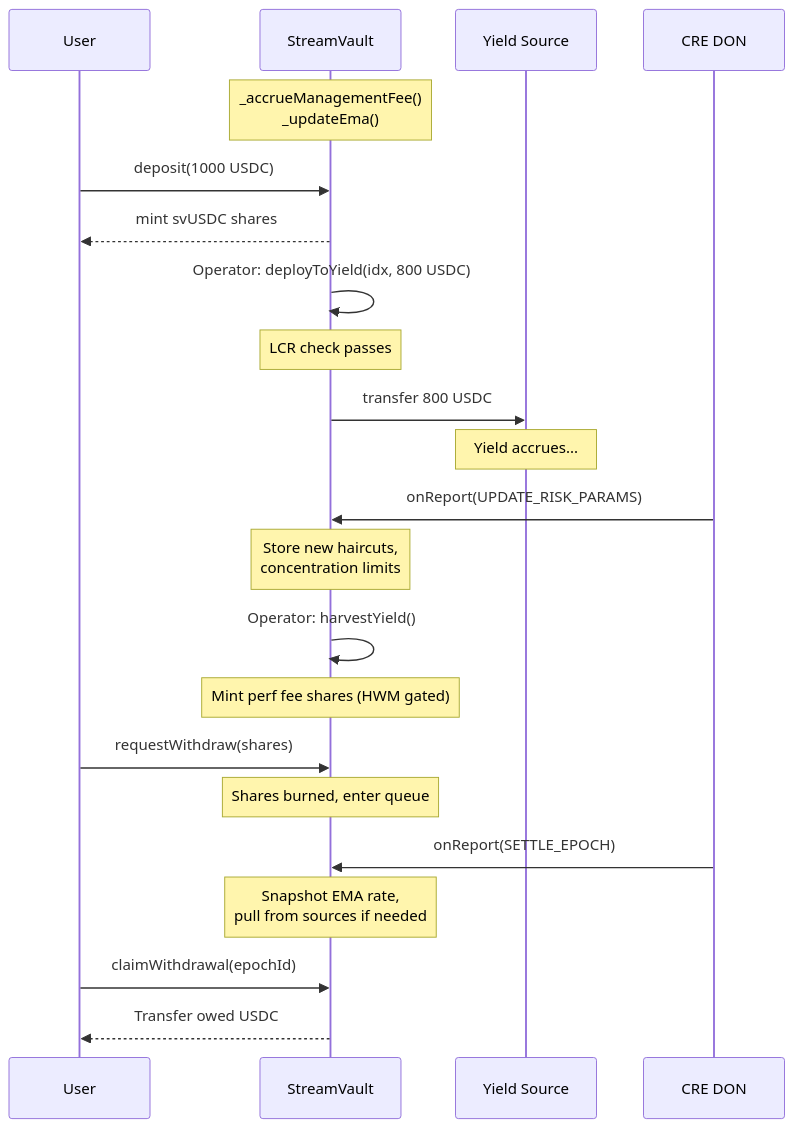
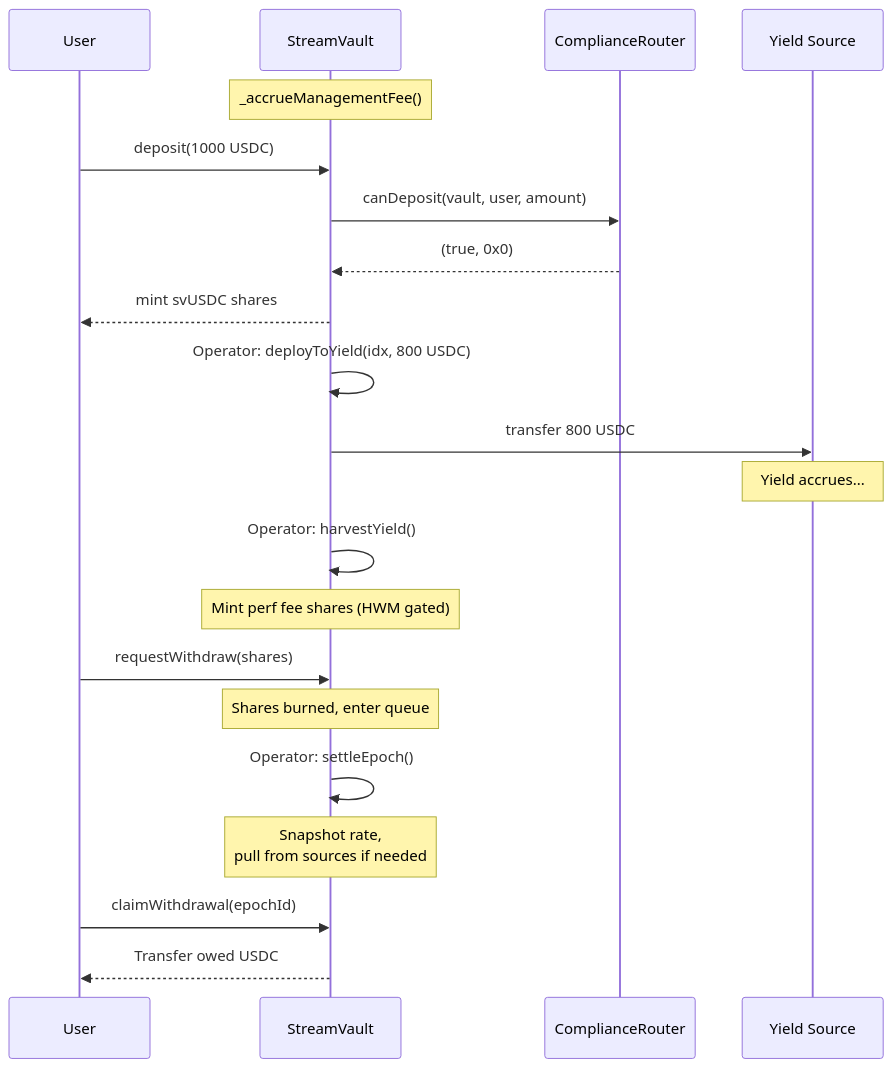
One commit to harshbhatt18/o-vault changed the second of 2 diagrams in README.md. Above: the diagram before and after it, drawn with Mermaid. The commit also changed other lines of this file and 16 other files, not shown here.

````diff
--- a/README.md
+++ b/README.md
@@ -197,32 +192,30 @@
 ```mermaid
 sequenceDiagram
     participant User
     participant Vault as StreamVault
+    participant CR as ComplianceRouter
     participant YS as Yield Source
-    participant CRE as CRE DON
 
-    Note over Vault: _accrueManagementFee()<br/>_updateEma()
+    Note over Vault: _accrueManagementFee()
 
     User->>Vault: deposit(1000 USDC)
+    Vault->>CR: canDeposit(vault, user, amount)
+    CR-->>Vault: (true, 0x0)
     Vault-->>User: mint svUSDC shares
 
     Vault->>Vault: Operator: deployToYield(idx, 800 USDC)
-    Note over Vault: LCR check passes
     Vault->>YS: transfer 800 USDC
     Note over YS: Yield accrues...
-
-    CRE->>Vault: onReport(UPDATE_RISK_PARAMS)
-    Note over Vault: Store new haircuts,<br/>concentration limits
 
     Vault->>Vault: Operator: harvestYield()
     Note over Vault: Mint perf fee shares (HWM gated)
 
     User->>Vault: requestWithdraw(shares)
     Note over Vault: Shares burned, enter queue
 
-    CRE->>Vault: onReport(SETTLE_EPOCH)
-    Note over Vault: Snapshot EMA rate,<br/>pull from sources if needed
+    Vault->>Vault: Operator: settleEpoch()
+    Note over Vault: Snapshot rate,<br/>pull from sources if needed
 
     User->>Vault: claimWithdrawal(epochId)
     Vault-->>User: Transfer owed USDC
 ```
````
